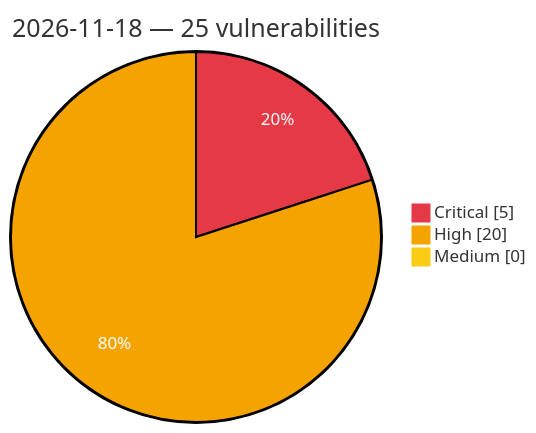
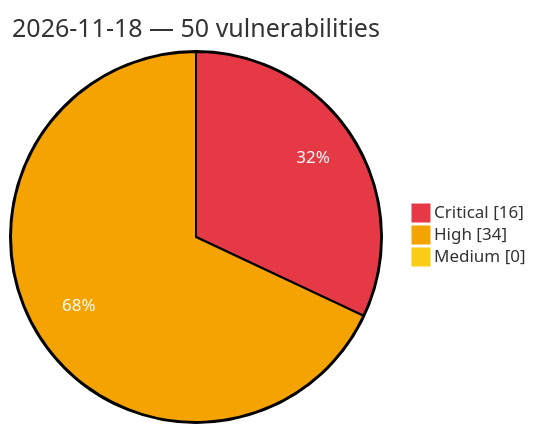
One commit to GhostX0X/vuln-tracker changed the diagram in vulnerabilities/2026/November/2026-11-18.md. Above: the diagram before and after it, drawn with Mermaid. The commit also changed other lines of this file and 5 other files, not shown here.

Commit message:
Auto update: critical/high vulns (2026-11-18 16:26 UTC)

````diff
--- a/vulnerabilities/2026/November/2026-11-18.md
+++ b/vulnerabilities/2026/November/2026-11-18.md
@@ -3,8 +3,8 @@
 ```mermaid
 %%{init: {'theme':'base', 'themeVariables': {'pie1':'#e63946', 'pie2':'#f4a300', 'pie3':'#facc15', 'pieOpacity':'1', 'pieOuterStrokeWidth':'2px', 'pieSectionTextColor':'#ffffff'}}}%%
 pie showData
-    title 2026-11-18 — 25 vulnerabilities
-    "Critical" : 5
-    "High" : 20
+    title 2026-11-18 — 50 vulnerabilities
+    "Critical" : 16
+    "High" : 34
     "Medium" : 0
 ```
````
